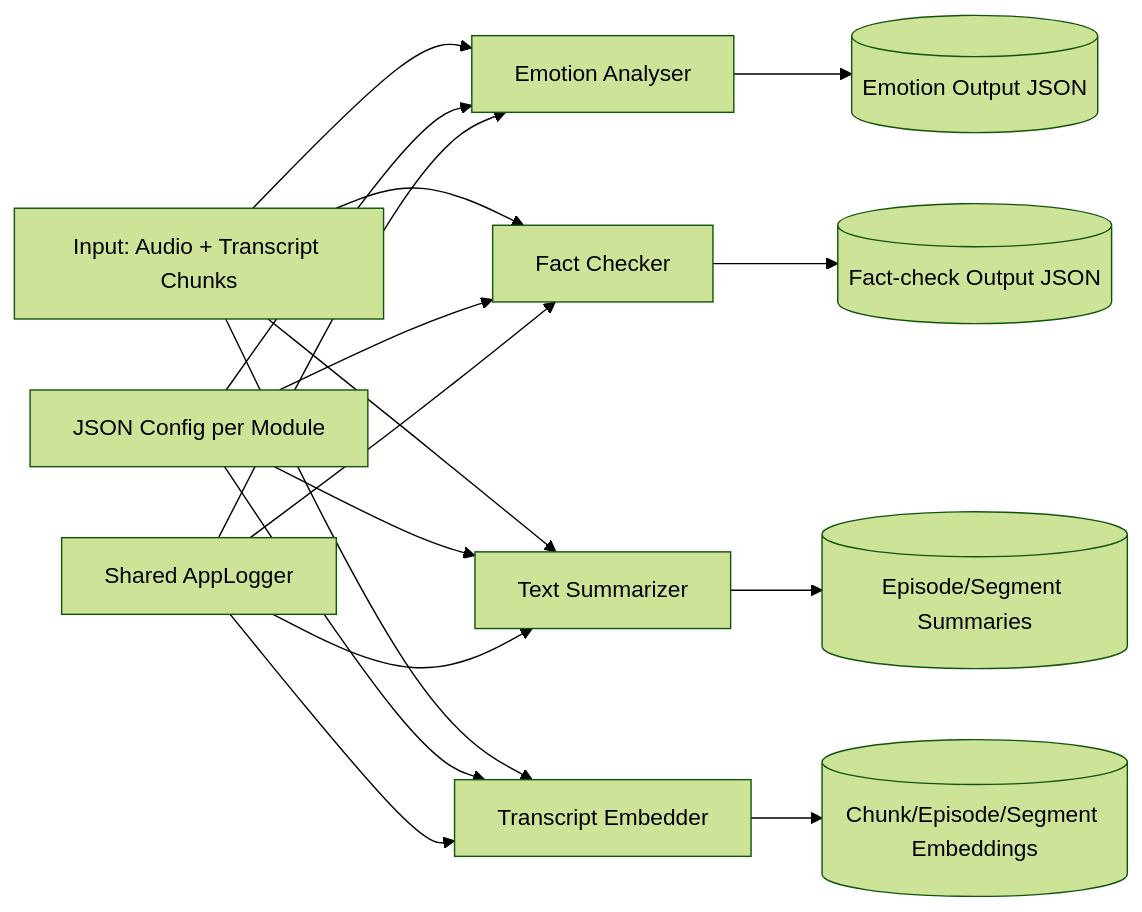
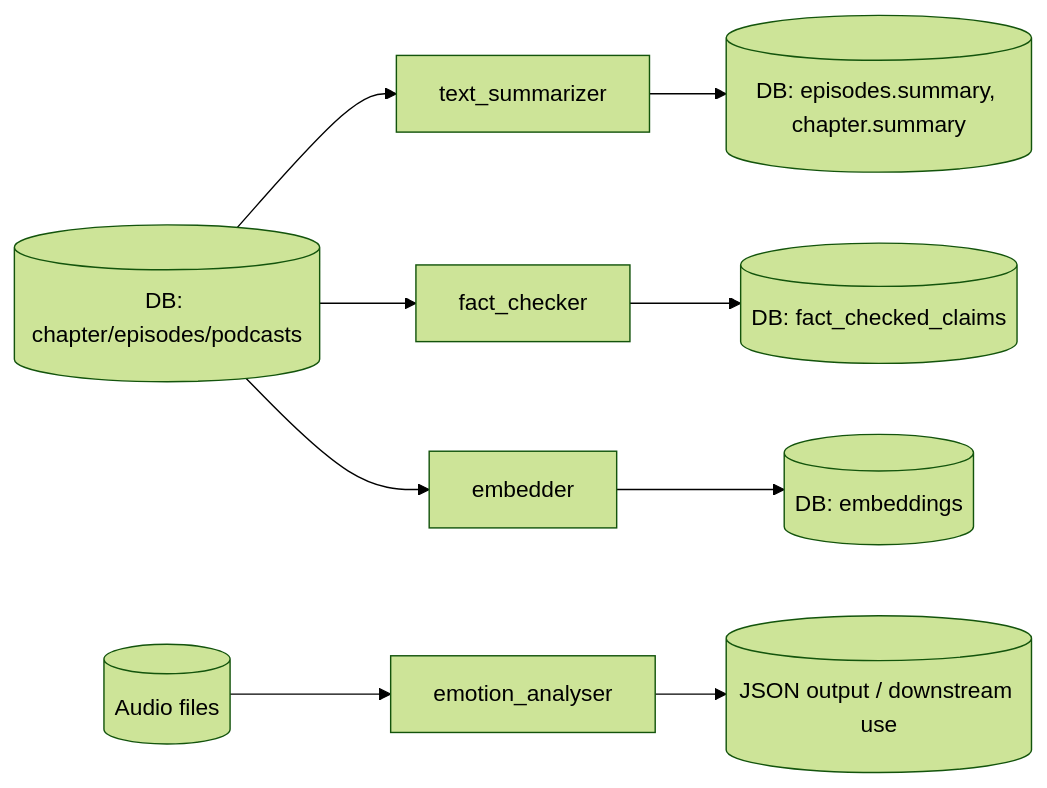
Before and after one commit to Tilmanzzz/media-lens: the first of 6 diagrams in docs/silver_enriched.md, drawn with Mermaid (forest theme). The commit also changed other lines of this file and 6 other files, not shown here.

````diff
--- a/docs/silver_enriched.md
+++ b/docs/silver_enriched.md
@@ -29,22 +16,12 @@
 ```mermaid
 flowchart LR
-    A[Input: Audio + Transcript Chunks] --> B[Emotion Analyser]
-    A --> C[Fact Checker]
-    A --> D[Text Summarizer]
-    A --> J[Transcript Embedder]
+    A[(DB: chapter/episodes/podcasts)] --> B[text_summarizer]
+    A --> C[fact_checker]
+    A --> D[embedder]
+    E[(Audio files)] --> F[emotion_analyser]
 
-    B --> E[(Emotion Output JSON)]
-    C --> F[(Fact-check Output JSON)]
-    D --> G[(Episode/Segment Summaries)]
-    J --> K[(Chunk/Episode/Segment Embeddings)]
-
-    H[JSON Config per Module] --> B
-    H --> C
-    H --> D
-    H --> J
-
-    I[Shared AppLogger] --> B
-    I --> C
-    I --> D
-    I --> J
+    B --> G[(DB: episodes.summary, chapter.summary)]
+    C --> H[(DB: fact_checked_claims)]
+    D --> I[(DB: embeddings)]
+    F --> J[(JSON output / downstream use)]
 ```
````
